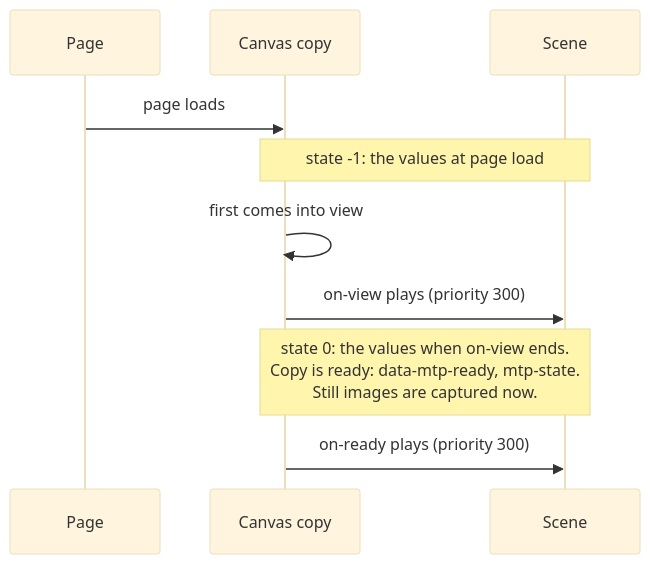
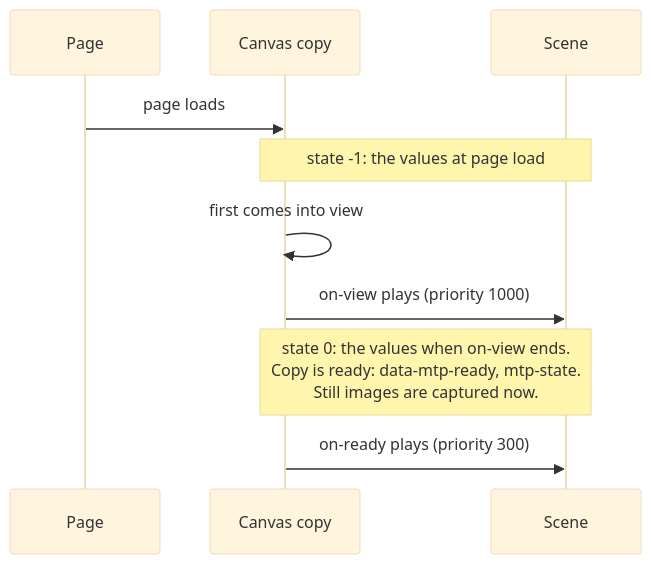
The diagram in docs/canvas-lifecycle.md (aris-pub/mathterpiece), drawn with Mermaid (base theme) before and after one commit. The commit also changed other lines of this file, not shown here.

First line of the commit message:
The canvas lifecycle with copies ready together and on-view at 1000, as the author settled it (mtp-wjtd)

````diff
--- a/docs/canvas-lifecycle.md
+++ b/docs/canvas-lifecycle.md
@@ -8,12 +8,12 @@
 ```mermaid
 sequenceDiagram
   participant Page
   participant Copy as Canvas copy
   participant Scene
   Page->>Copy: page loads
   Note over Copy,Scene: state -1: the values at page load
   Copy->>Copy: first comes into view
-  Copy->>Scene: on-view plays (priority 300)
+  Copy->>Scene: on-view plays (priority 1000)
   Note over Copy,Scene: state 0: the values when on-view ends.<br/>Copy is ready: data-mtp-ready, mtp-state.<br/>Still images are captured now.
   Copy->>Scene: on-ready plays (priority 300)
 ```
````
